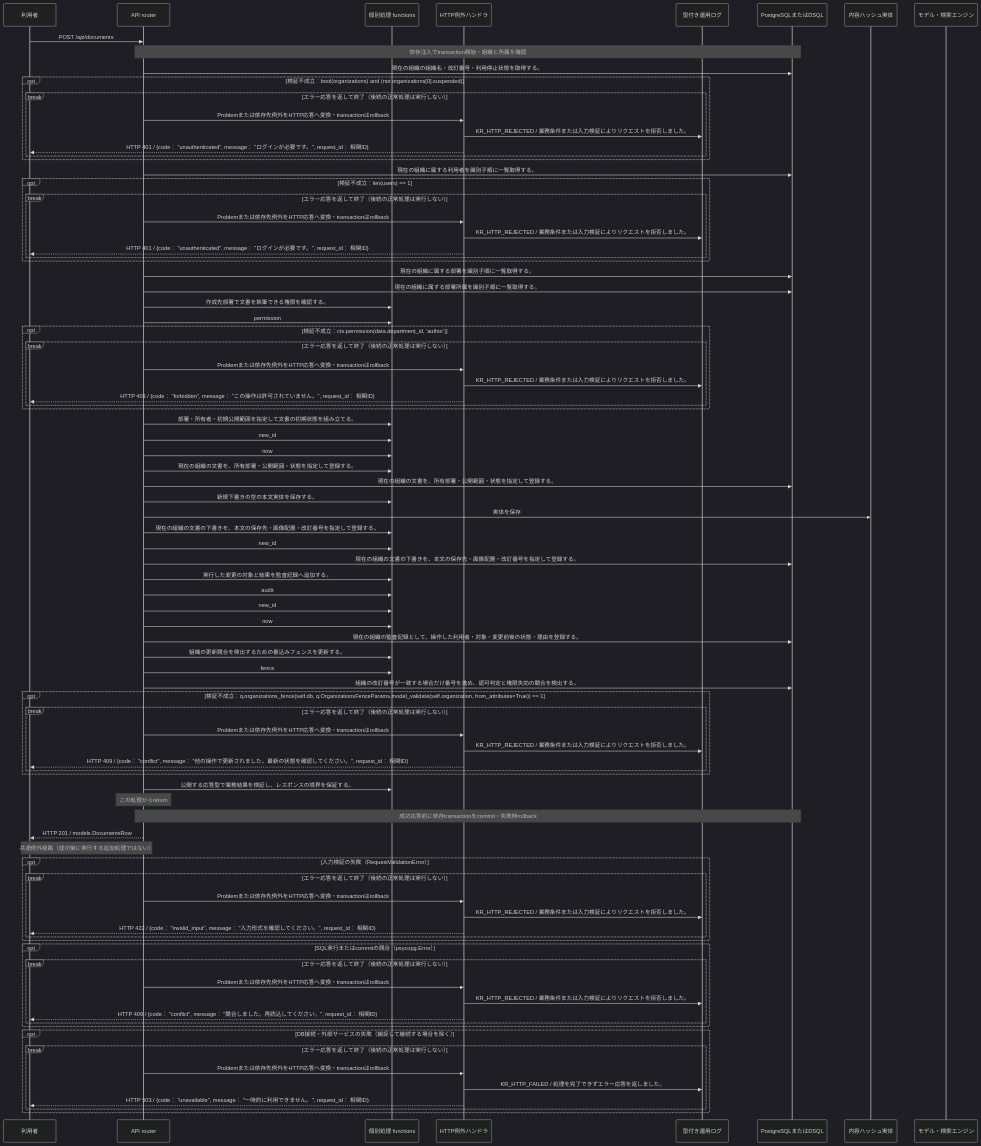
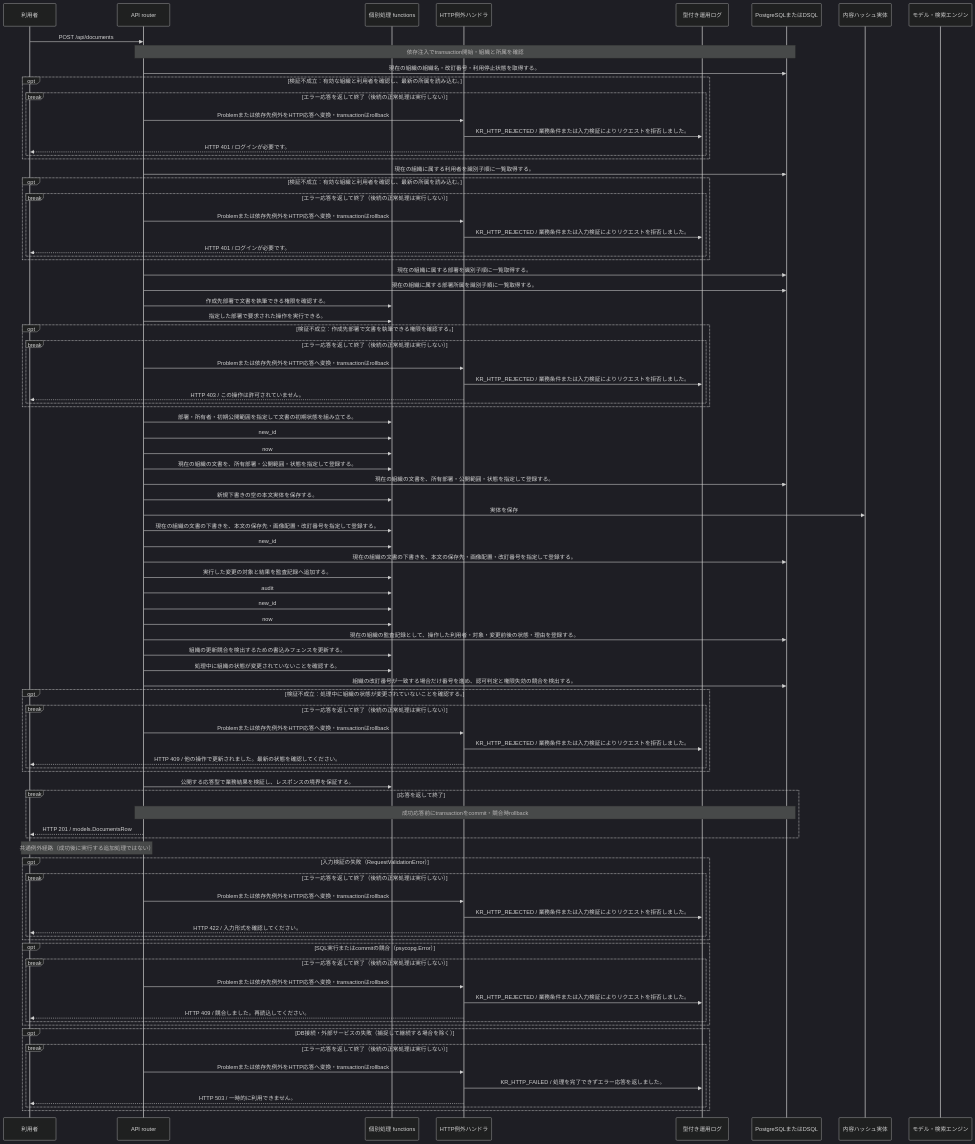
The diagram in docs/design/generated/api/documents/create_document/sequence.md (tsuji-tomonori/KotoRelay), drawn with Mermaid (dark theme) before and after one commit. The commit also changed other lines of this file and 245 other files, not shown here.

````diff
--- a/docs/design/generated/api/documents/create_document/sequence.md
+++ b/docs/design/generated/api/documents/create_document/sequence.md
@@ -17,30 +17,30 @@
     U->>A: POST /api/documents
     Note over A,D: 依存注入でtransaction開始・組織と所属を確認
     A->>D: 現在の組織の組織名・改訂番号・利用停止状態を取得する。
-    opt 検証不成立：bool(organizations) and (not organizations[0].suspended)
+    opt 検証不成立：有効な組織と利用者を確認し、最新の所属を読み込む。
     break エラー応答を返して終了（後続の正常処理は実行しない）
     A->>E: Problemまたは依存先例外をHTTP応答へ変換・transactionはrollback
     E->>L: KR_HTTP_REJECTED / 業務条件または入力検証によりリクエストを拒否しました。
-    E-->>U: HTTP 401 / {code： "unauthenticated", message： "ログインが必要です。", request_id： 相関ID}
+    E-->>U: HTTP 401 / ログインが必要です。
     end
     end
     A->>D: 現在の組織に属する利用者を識別子順に一覧取得する。
-    opt 検証不成立：len(users) == 1
+    opt 検証不成立：有効な組織と利用者を確認し、最新の所属を読み込む。
     break エラー応答を返して終了（後続の正常処理は実行しない）
     A->>E: Problemまたは依存先例外をHTTP応答へ変換・transactionはrollback
     E->>L: KR_HTTP_REJECTED / 業務条件または入力検証によりリクエストを拒否しました。
-    E-->>U: HTTP 401 / {code： "unauthenticated", message： "ログインが必要です。", request_id： 相関ID}
+    E-->>U: HTTP 401 / ログインが必要です。
     end
     end
     A->>D: 現在の組織に属する部署を識別子順に一覧取得する。
     A->>D: 現在の組織に属する部署所属を識別子順に一覧取得する。
     A->>F: 作成先部署で文書を執筆できる権限を確認する。
-    A->>F: permission
-    opt 検証不成立：ctx.permission(data.department_id, 'author')
+    A->>F: 指定した部署で要求された操作を実行できる。
+    opt 検証不成立：作成先部署で文書を執筆できる権限を確認する。
     break エラー応答を返して終了（後続の正常処理は実行しない）
     A->>E: Problemまたは依存先例外をHTTP応答へ変換・transactionはrollback
     E->>L: KR_HTTP_REJECTED / 業務条件または入力検証によりリクエストを拒否しました。
-    E-->>U: HTTP 403 / {code： "forbidden", message： "この操作は許可されていません。", request_id： 相関ID}
+    E-->>U: HTTP 403 / この操作は許可されていません。
     end
     end
     A->>F: 部署・所有者・初期公開範囲を指定して文書の初期状態を組み立てる。
@@ -59,39 +59,40 @@
     A->>F: now
     A->>D: 現在の組織の監査記録として、操作した利用者・対象・変更前後の状態・理由を登録する。
     A->>F: 組織の更新競合を検出するための書込みフェンスを更新する。
-    A->>F: fence
+    A->>F: 処理中に組織の状態が変更されていないことを確認する。
     A->>D: 組織の改訂番号が一致する場合だけ番号を進め、認可判定と権限失効の競合を検出する。
-    opt 検証不成立：q.organizations_fence(self.db, q.OrganizationsFenceParams.model_validate(self.organization, from_attributes=True)) == 1
+    opt 検証不成立：処理中に組織の状態が変更されていないことを確認する。
     break エラー応答を返して終了（後続の正常処理は実行しない）
     A->>E: Problemまたは依存先例外をHTTP応答へ変換・transactionはrollback
     E->>L: KR_HTTP_REJECTED / 業務条件または入力検証によりリクエストを拒否しました。
-    E-->>U: HTTP 409 / {code： "conflict", message： "他の操作で更新されました。最新の状態を確認してください。", request_id： 相関ID}
+    E-->>U: HTTP 409 / 他の操作で更新されました。最新の状態を確認してください。
     end
     end
     A->>F: 公開する応答型で業務結果を検証し、レスポンスの境界を保証する。
-    Note over A: この処理からreturn
-    Note over A,D: 成功応答前に依存transactionをcommit・失敗時rollback
+    break 応答を返して終了
+    Note over A,D: 成功応答前にtransactionをcommit・競合時rollback
     A-->>U: HTTP 201 / models.DocumentsRow
+    end
     Note over A,U: 共通例外経路（成功後に実行する追加処理ではない）
     opt 入力検証の失敗（RequestValidationError）
     break エラー応答を返して終了（後続の正常処理は実行しない）
     A->>E: Problemまたは依存先例外をHTTP応答へ変換・transactionはrollback
     E->>L: KR_HTTP_REJECTED / 業務条件または入力検証によりリクエストを拒否しました。
-    E-->>U: HTTP 422 / {code： "invalid_input", message： "入力形式を確認してください。", request_id： 相関ID}
+    E-->>U: HTTP 422 / 入力形式を確認してください。
     end
     end
     opt SQL実行またはcommitの競合（psycopg.Error）
     break エラー応答を返して終了（後続の正常処理は実行しない）
     A->>E: Problemまたは依存先例外をHTTP応答へ変換・transactionはrollback
     E->>L: KR_HTTP_REJECTED / 業務条件または入力検証によりリクエストを拒否しました。
-    E-->>U: HTTP 409 / {code： "conflict", message： "競合しました。再読込してください。", request_id： 相関ID}
+    E-->>U: HTTP 409 / 競合しました。再読込してください。
     end
     end
     opt DB接続・外部サービスの失敗（捕捉して継続する場合を除く）
     break エラー応答を返して終了（後続の正常処理は実行しない）
     A->>E: Problemまたは依存先例外をHTTP応答へ変換・transactionはrollback
     E->>L: KR_HTTP_FAILED / 処理を完了できずエラー応答を返しました。
-    E-->>U: HTTP 503 / {code： "unavailable", message： "一時的に利用できません。", request_id： 相関ID}
+    E-->>U: HTTP 503 / 一時的に利用できません。
     end
     end
 ```
````
